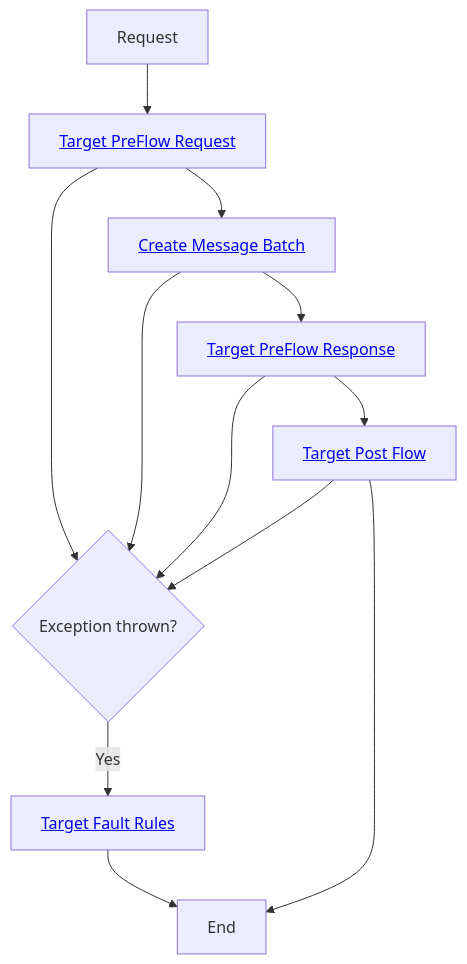
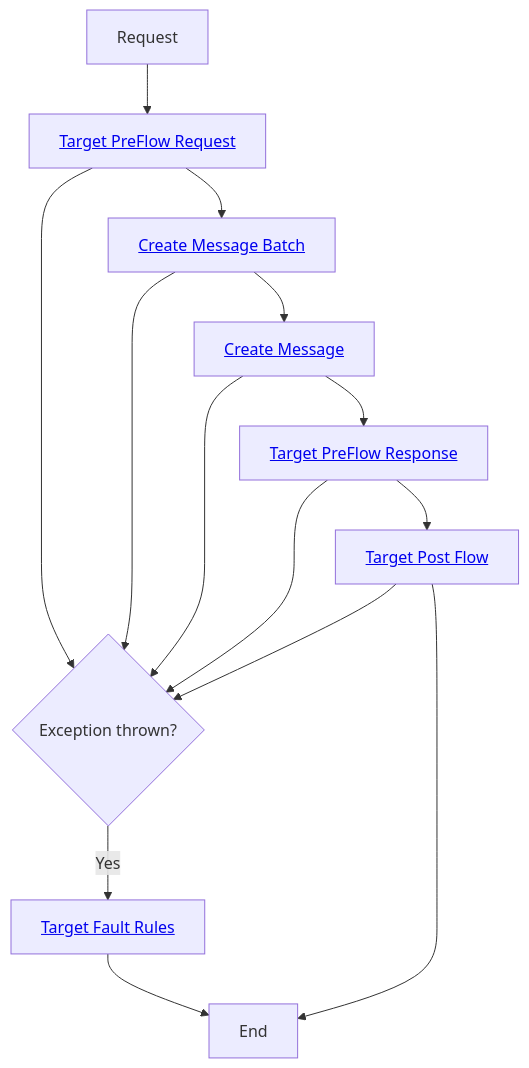
The second of 18 diagrams in docs/proxies.md (NHSDigital/communications-manager-api), drawn with Mermaid before and after one commit. The commit also changed other lines of this file and 11 other files, not shown here.

````diff
--- a/docs/proxies.md
+++ b/docs/proxies.md
@@ -47,14 +47,16 @@
 ```mermaid
 flowchart
     S[Request] --> TPFR["<a href='https://github.com/NHSDigital/communications-manager-api/blob/release/docs/proxies.md#target-preflow-request'>Target PreFlow Request</a>"]
     TPFR --> E1{Exception thrown?}
     TPFR --> CMB["<a href='https://github.com/NHSDigital/communications-manager-api/blob/release/docs/proxies.md#create-message-batch'>Create Message Batch</a>"]
     CMB --> E1
-    CMB --> TPFRESP["<a href='https://github.com/NHSDigital/communications-manager-api/blob/release/docs/proxies.md#target-preflow-response'>Target PreFlow Response</a>"]
+    CMB --> CM["<a href='https://github.com/NHSDigital/communications-manager-api/blob/release/docs/proxies.md#create-message'>Create Message</a>"]
+    CM --> E1
+    CM --> TPFRESP["<a href='https://github.com/NHSDigital/communications-manager-api/blob/release/docs/proxies.md#target-preflow-response'>Target PreFlow Response</a>"]
     TPFRESP --> E1
     TPFRESP --> TPOSTF["<a href='https://github.com/NHSDigital/communications-manager-api/blob/release/docs/proxies.md#target-post-flow'>Target Post Flow</a>"]
     TPOSTF --> E1
     TPOSTF --> E[End]
     E1 --> |Yes| TFR["<a href='https://github.com/NHSDigital/communications-manager-api/blob/release/docs/proxies.md#target-fault-rules'>Target Fault Rules</a>"]
     TFR --> E
 ```
````
